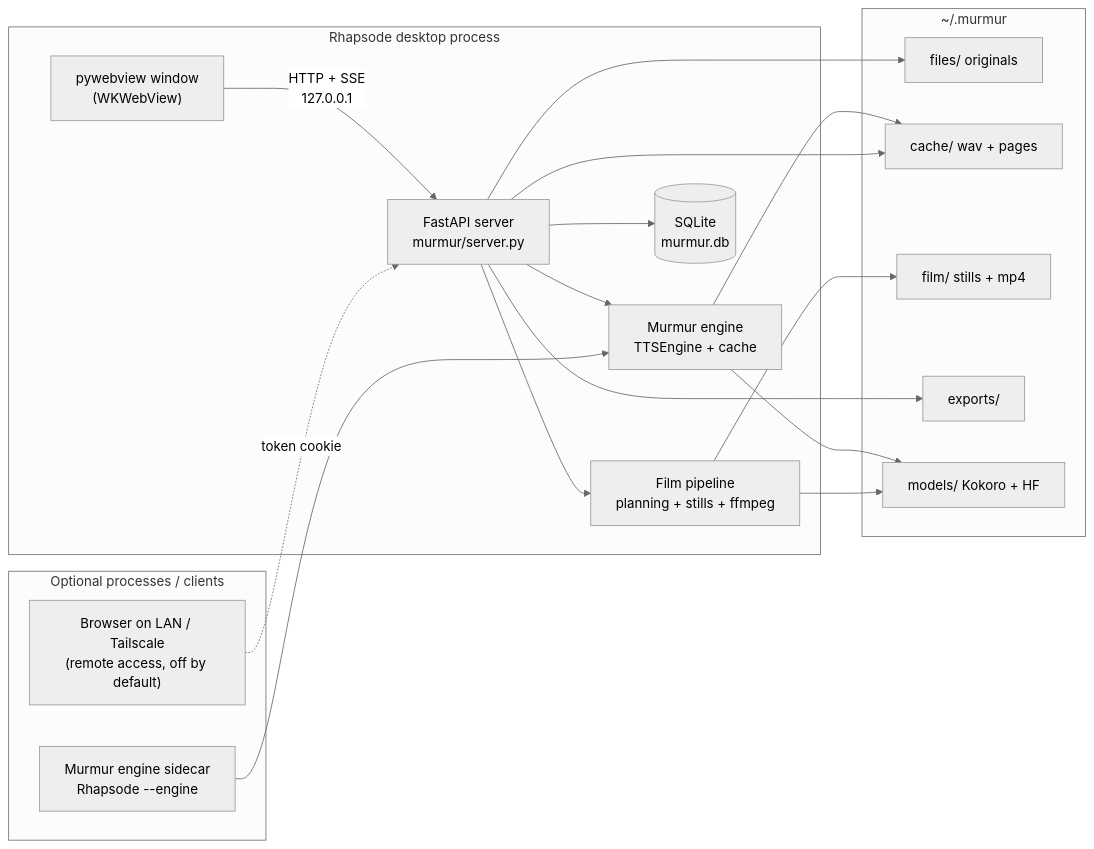
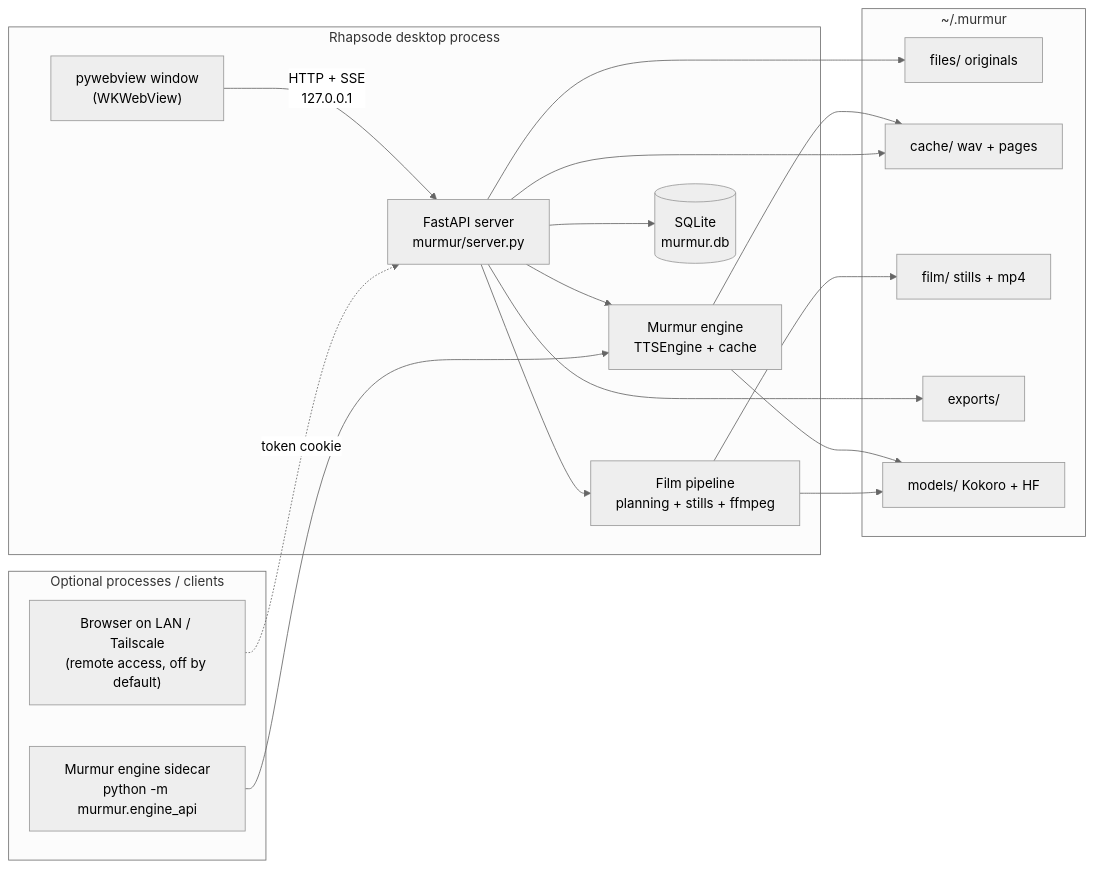
One commit to endynamoo/rhapsode changed the first of 10 diagrams in docs/ARCHITECTURE.md. Above: the diagram before and after it, drawn with Mermaid (neutral theme). The commit also changed other lines of this file, not shown here.

First line of the commit message:
Bring the architecture doc up to 0.2.0-alpha

````diff
--- a/docs/ARCHITECTURE.md
+++ b/docs/ARCHITECTURE.md
@@ -18,37 +22,37 @@
 ```mermaid
 flowchart LR
     subgraph Desktop["Rhapsode desktop process"]
         Shell["pywebview window<br/>(WKWebView)"]
         API["FastAPI server<br/>murmur/server.py"]
         Engine["Murmur engine<br/>TTSEngine + cache"]
         Film["Film pipeline<br/>planning + stills + ffmpeg"]
         Store[("SQLite<br/>murmur.db")]
         Shell -->|"HTTP + SSE<br/>127.0.0.1"| API
         API --> Engine
         API --> Film
         API --> Store
     end
 
     subgraph Disk["~/.murmur"]
         Files["files/ originals"]
         Cache["cache/ wav + pages"]
         FilmDir["film/ stills + mp4"]
         Export["exports/"]
         Models["models/ Kokoro + HF"]
     end
 
     API --> Files
     Engine --> Cache
     API --> Cache
     Film --> FilmDir
     API --> Export
     Engine --> Models
     Film --> Models
 
     subgraph Optional["Optional processes / clients"]
-        Sidecar["Murmur engine sidecar<br/>Rhapsode --engine"]
+        Sidecar["Murmur engine sidecar<br/>python -m murmur.engine_api"]
         Browser["Browser on LAN / Tailscale<br/>(remote access, off by default)"]
     end
     Sidecar --> Engine
     Browser -.->|"token cookie"| API
 ```
````
